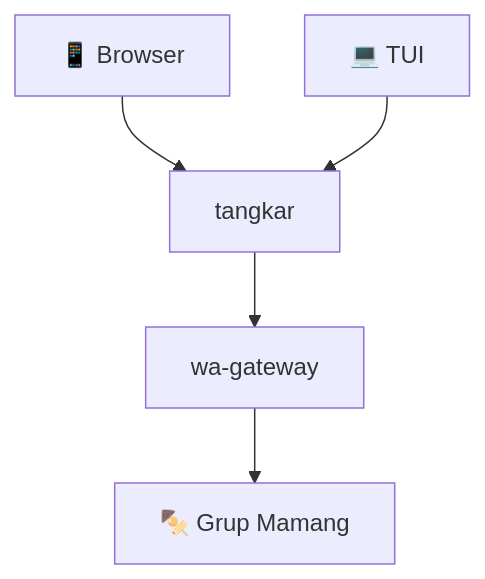
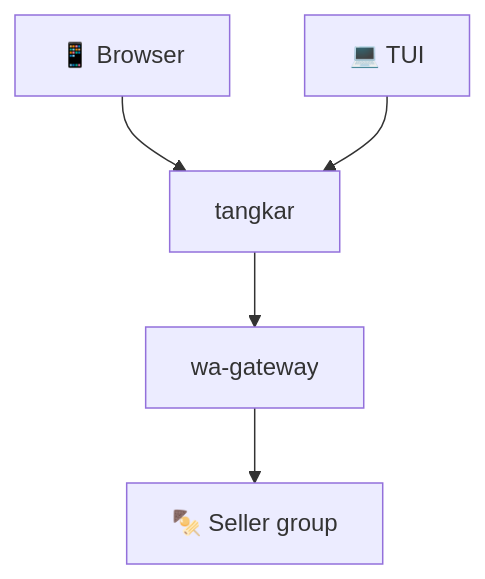
Before and after one commit to arisros/tangkar: the first of 2 diagrams in README.md, drawn with Mermaid. The commit also changed other lines of this file, not shown here.

````diff
--- a/README.md
+++ b/README.md
@@ -5,7 +5,7 @@
 ```mermaid
 flowchart TB
   P[📱 Browser] --> S[tangkar]
   T[💻 TUI] --> S
   S --> W[wa-gateway]
-  W --> G[🍢 Grup Mamang]
+  W --> G[🍢 Seller group]
 ```
````
